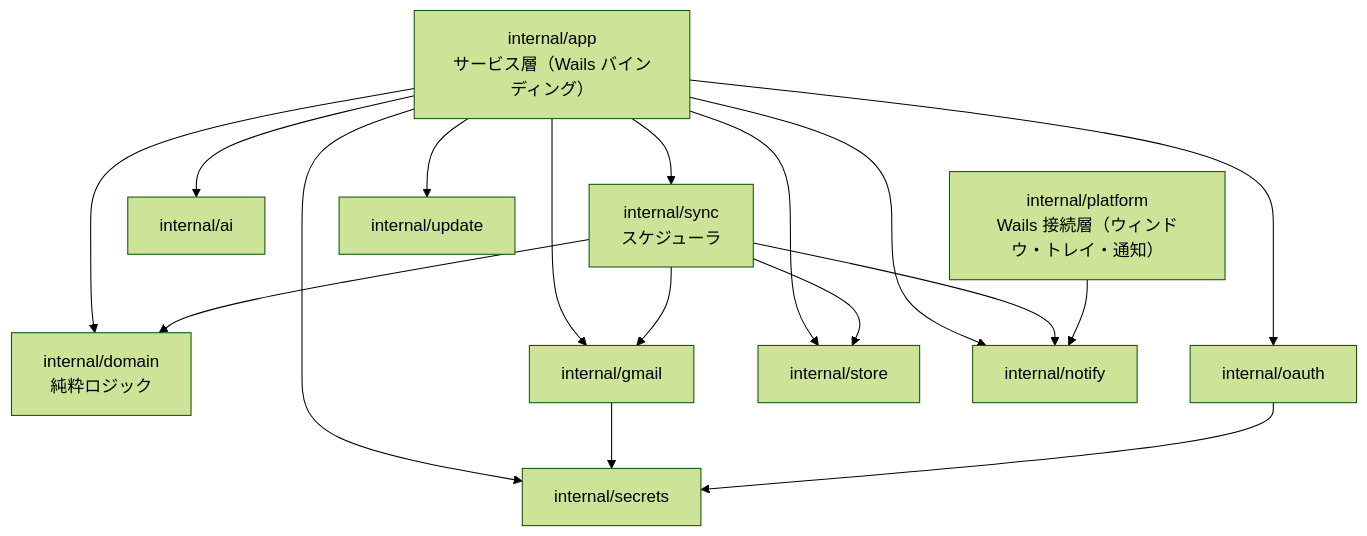
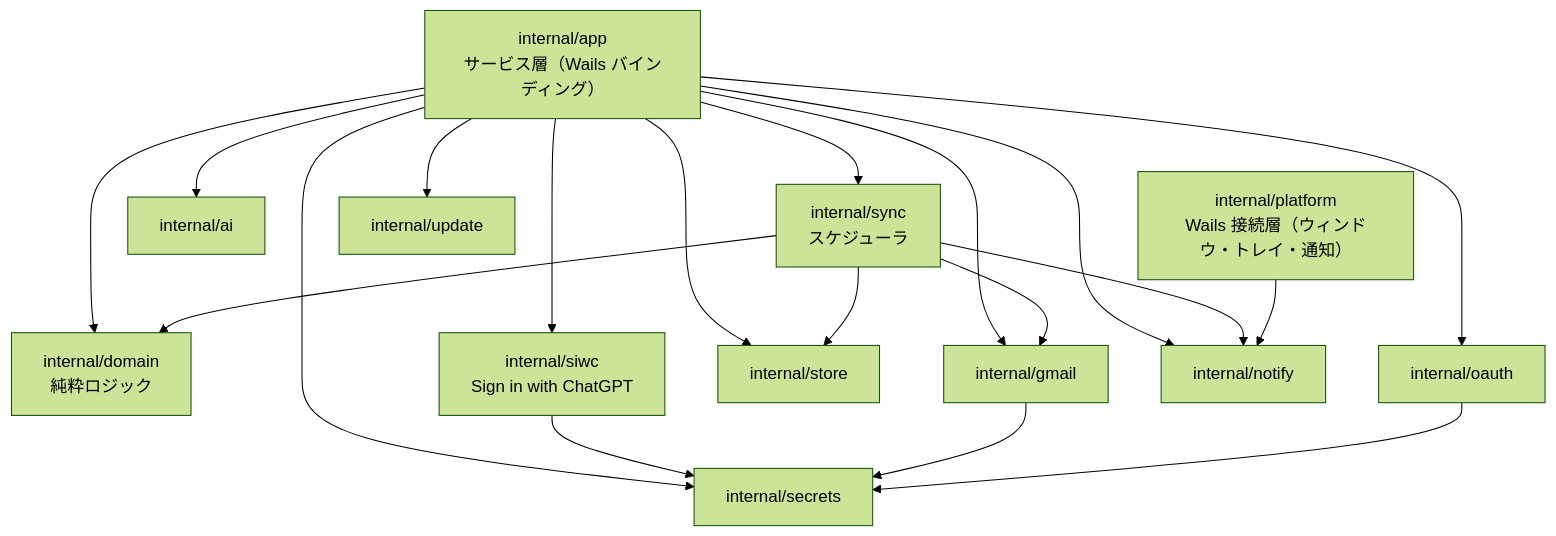
The first of 2 diagrams in docs/components/overview.md (ousiassllc/hitomado), drawn with Mermaid (forest theme) before and after one commit. The commit also changed other lines of this file and 34 other files, not shown here.

First line of the commit message:
feat: 設定画面にモデル一覧からの選択と ChatGPT でのログインを追加し、仕様書・README を更新 (#75, #76)

````diff
--- a/docs/components/overview.md
+++ b/docs/components/overview.md
@@ -18,31 +18,34 @@
 ```mermaid
 graph TD
   APP[internal/app<br/>サービス層（Wails バインディング）]
   SYNC[internal/sync<br/>スケジューラ]
   DOM[internal/domain<br/>純粋ロジック]
   GM[internal/gmail]
   OA[internal/oauth]
   ST[internal/store]
   SE[internal/secrets]
   AI[internal/ai]
+  SW[internal/siwc<br/>Sign in with ChatGPT]
   NT[internal/notify]
   PF[internal/platform<br/>Wails 接続層（ウィンドウ・トレイ・通知）]
   UP[internal/update]
 
   APP --> DOM
   APP --> SYNC
   APP --> GM
   APP --> OA
   APP --> ST
   APP --> SE
   APP --> AI
+  APP --> SW
+  SW --> SE
   APP --> NT
   APP --> UP
   SYNC --> DOM
   SYNC --> GM
   SYNC --> ST
   SYNC --> NT
   GM --> SE
   OA --> SE
   PF --> NT
 ```
````
